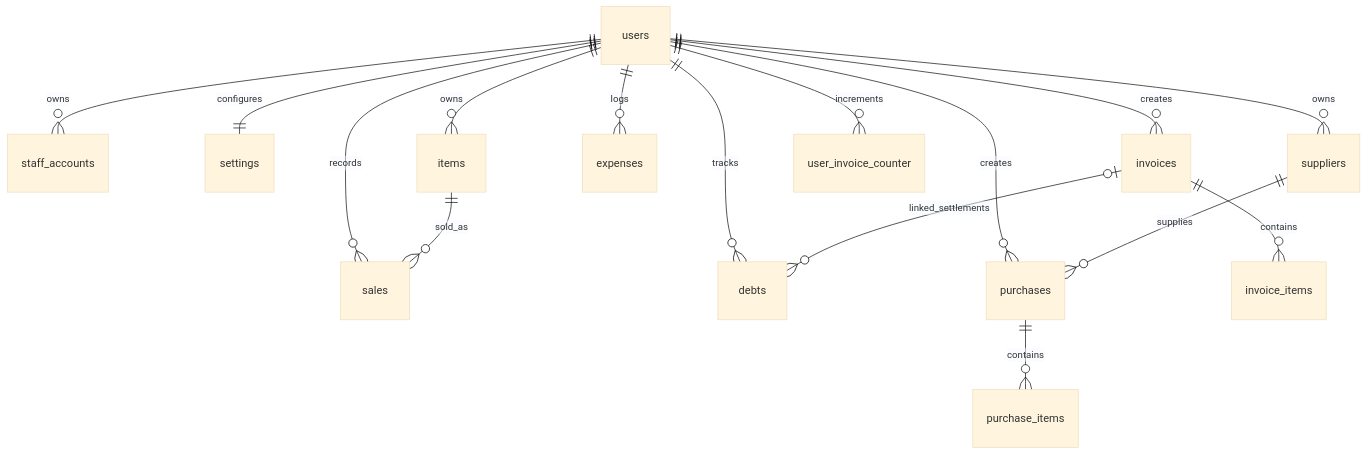
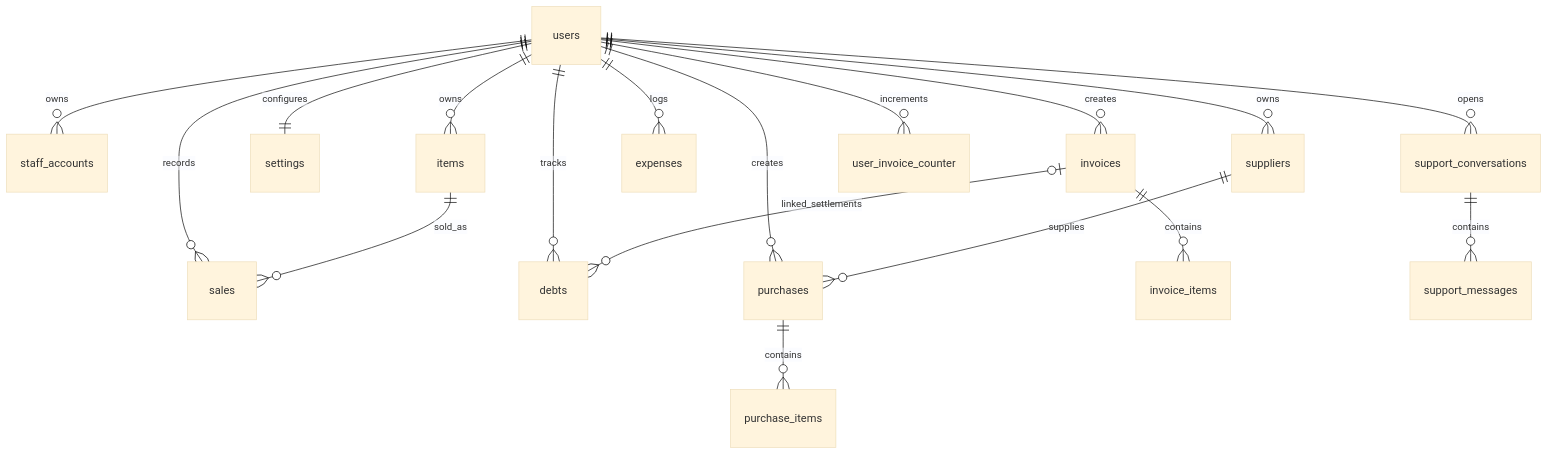
Before and after one commit to dasdipayan03/India-Inventory-Management: the second of 3 diagrams in docs/COMPLETE_PROJECT_DOCUMENTATION.md, drawn with Mermaid (base theme). The commit also changed other lines of this file and 1 other file, not shown here.

````diff
--- a/docs/COMPLETE_PROJECT_DOCUMENTATION.md
+++ b/docs/COMPLETE_PROJECT_DOCUMENTATION.md
@@ -979,19 +995,21 @@
 ```mermaid
 erDiagram
   users ||--o{ staff_accounts : owns
+  users ||--o{ support_conversations : opens
   users ||--|| settings : configures
   users ||--o{ items : owns
   users ||--o{ sales : records
   users ||--o{ debts : tracks
   users ||--o{ suppliers : owns
   users ||--o{ purchases : creates
   users ||--o{ expenses : logs
   users ||--o{ invoices : creates
   users ||--o{ user_invoice_counter : increments
 
   items ||--o{ sales : sold_as
   suppliers ||--o{ purchases : supplies
   purchases ||--o{ purchase_items : contains
   invoices ||--o{ invoice_items : contains
   invoices o|--o{ debts : linked_settlements
+  support_conversations ||--o{ support_messages : contains
 ```
````
